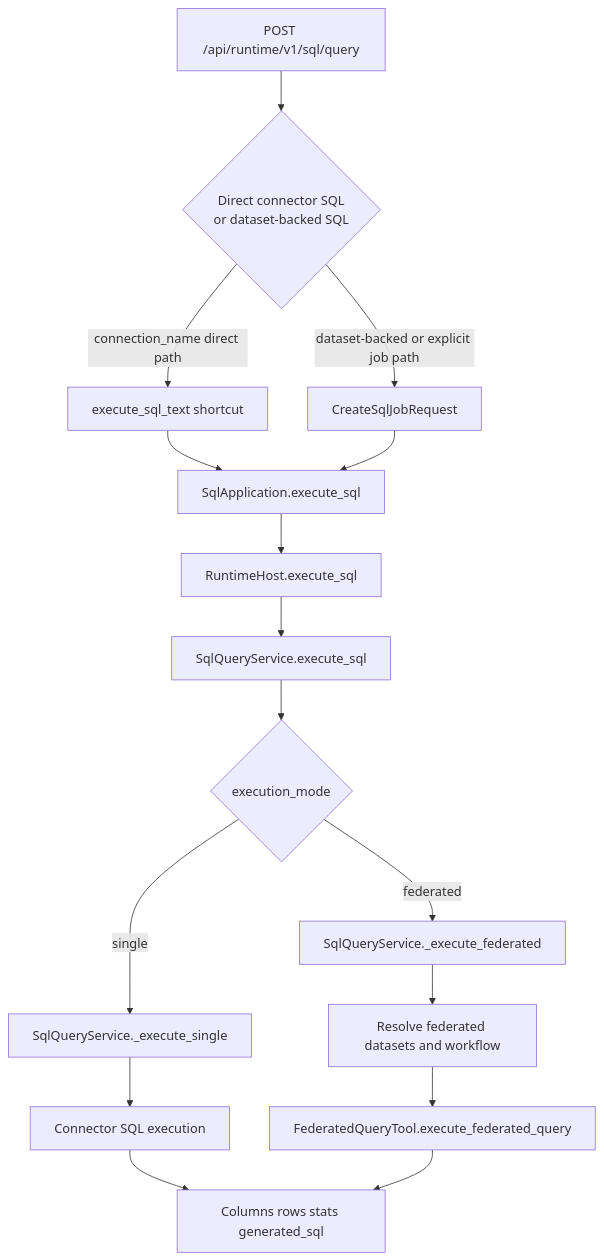
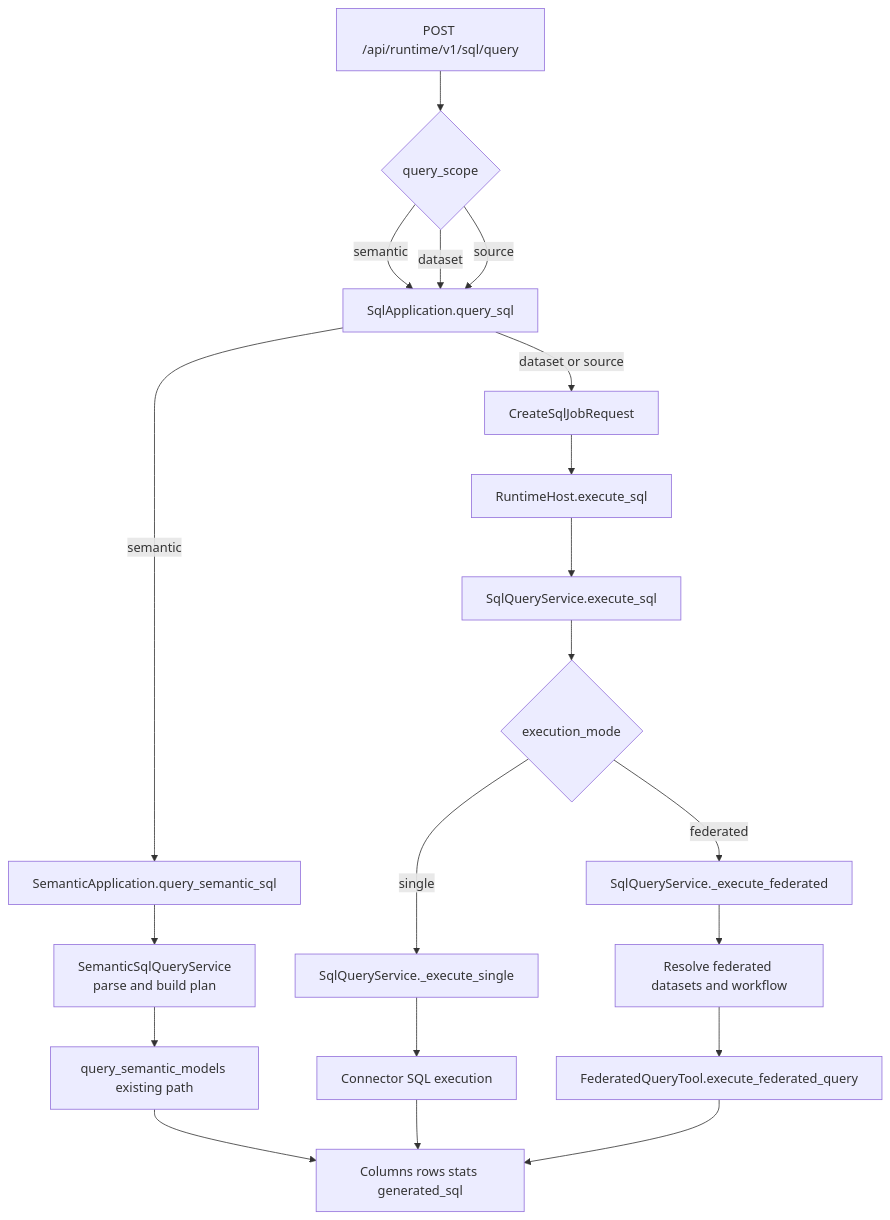
One commit to CallumWalterWhite/langbridge changed the sixth of 8 diagrams in docs/architecture/runtime-api-layering.md. Above: the diagram before and after it, drawn with Mermaid. The commit also changed other lines of this file and 152 other files, not shown here.

````diff
--- a/docs/architecture/runtime-api-layering.md
+++ b/docs/architecture/runtime-api-layering.md
@@ -168,33 +168,39 @@
 ```mermaid
 flowchart TD
     Route[POST /api/runtime/v1/sql/query]
-    Mode{Direct connector SQL\nor dataset-backed SQL}
-    DirectPath[execute_sql_text shortcut]
+    Scope{query_scope}
+    App[SqlApplication.query_sql]
+    SemanticApp[SemanticApplication.query_semantic_sql]
+    SemanticParse[SemanticSqlQueryService\nparse and build plan]
+    SemanticExec[query_semantic_models existing path]
     JobPath[CreateSqlJobRequest]
-    App[SqlApplication.execute_sql]
     Host[RuntimeHost.execute_sql]
     Service[SqlQueryService.execute_sql]
     Branch{execution_mode}
     Single[SqlQueryService._execute_single]
     Federated[SqlQueryService._execute_federated]
     Connector[Connector SQL execution]
     Workflow[Resolve federated datasets and workflow]
     FQ[FederatedQueryTool.execute_federated_query]
     Response[Columns rows stats generated_sql]
 
-    Route --> Mode
-    Mode -->|connection_name direct path| DirectPath
-    Mode -->|dataset-backed or explicit job path| JobPath
-    DirectPath --> App
-    JobPath --> App
-    App --> Host
+    Route --> Scope
+    Scope -->|semantic| App
+    Scope -->|dataset| App
+    Scope -->|source| App
+    App -->|semantic| SemanticApp
+    SemanticApp --> SemanticParse
+    SemanticParse --> SemanticExec
+    SemanticExec --> Response
+    App -->|dataset or source| JobPath
+    JobPath --> Host
     Host --> Service
     Service --> Branch
     Branch -->|single| Single
     Branch -->|federated| Federated
     Single --> Connector
     Federated --> Workflow
     Workflow --> FQ
     Connector --> Response
     FQ --> Response
 ```
````
